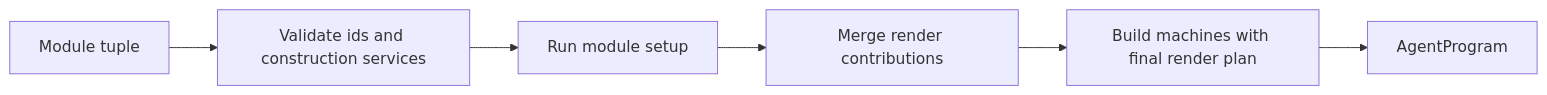
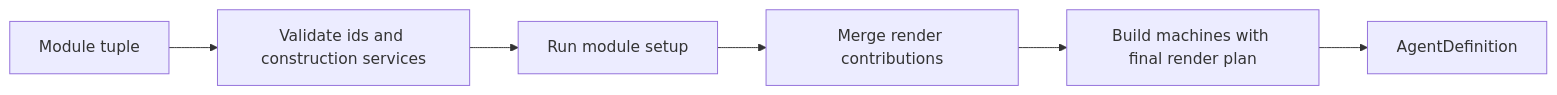
Before and after one commit to clavia-labs/tardigrade: the first of 2 diagrams in docs/architecture.md, drawn with Mermaid. The commit also changed other lines of this file and 41 other files, not shown here.

````diff
--- a/docs/architecture.md
+++ b/docs/architecture.md
@@ -5,8 +5,8 @@
 ```mermaid
 flowchart LR
   M[Module tuple] --> V[Validate ids and construction services]
   V --> S[Run module setup]
   S --> R[Merge render contributions]
   R --> K[Build machines with final render plan]
-  K --> P[AgentProgram]
+  K --> P[AgentDefinition]
 ```
````
